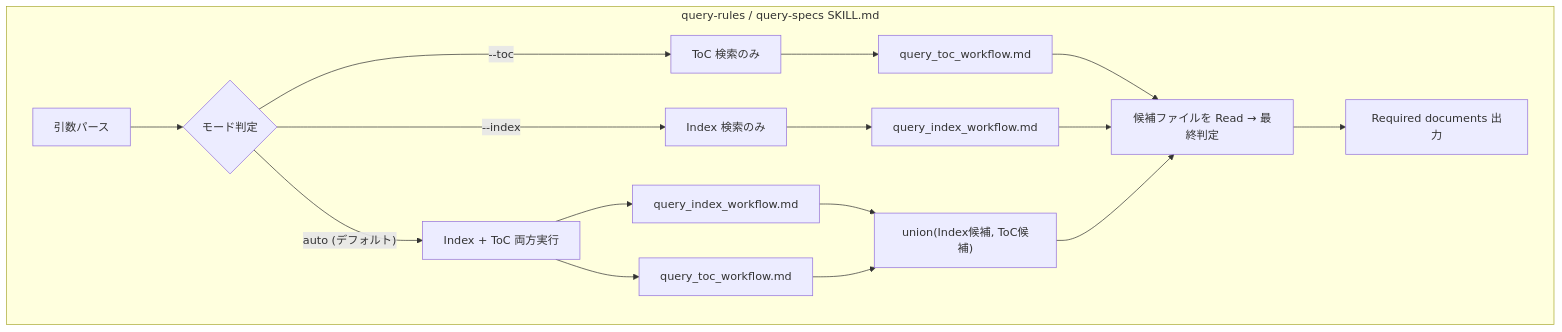
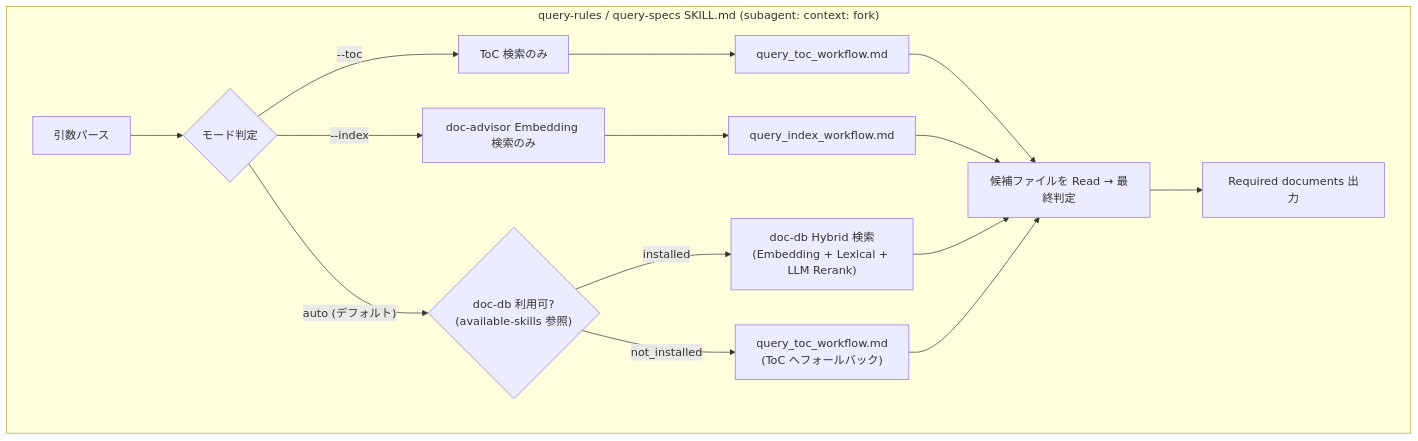
One commit to BlueEventHorizon/bw-cc-plugins changed the second of 6 diagrams in docs/specs/doc-advisor/design/DES-006_semantic_search_design.md. Above: the diagram before and after it, drawn with Mermaid. The commit also changed other lines of this file and 37 other files, not shown here.

First line of the commit message:
refactor(specs,skill): FNC-008/DES-028 を doc-advisor へ再配置し merge-feature-specs に配置整合性検査を追加

````diff
--- a/docs/specs/doc-advisor/design/DES-006_semantic_search_design.md
+++ b/docs/specs/doc-advisor/design/DES-006_semantic_search_design.md
@@ -80,21 +81,21 @@
 ```mermaid
 flowchart TB
-    subgraph "query-rules / query-specs SKILL.md"
+    subgraph "query-rules / query-specs SKILL.md (subagent: context: fork)"
         A["引数パース"] --> B{モード判定}
         B -->|"--toc"| C["ToC 検索のみ"]
-        B -->|"--index"| D["Index 検索のみ"]
-        B -->|"auto (デフォルト)"| E["Index + ToC 両方実行"]
-        
+        B -->|"--index"| D["doc-advisor Embedding 検索のみ"]
+        B -->|"auto (デフォルト)"| E{"doc-db 利用可?<br/>(available-skills 参照)"}
+
+        E -->|installed| H["doc-db Hybrid 検索<br/>(Embedding + Lexical + LLM Rerank)"]
+        E -->|not_installed| F2["query_toc_workflow.md<br/>(ToC へフォールバック)"]
+
         C --> F["query_toc_workflow.md"]
         D --> G["query_index_workflow.md"]
-        E --> G2["query_index_workflow.md"]
-        E --> F2["query_toc_workflow.md"]
-        G2 --> H["union(Index候補, ToC候補)"]
-        F2 --> H
-        
+
         F --> I["候補ファイルを Read → 最終判定"]
         G --> I
         H --> I
+        F2 --> I
         I --> J["Required documents 出力"]
     end
 ```
````
